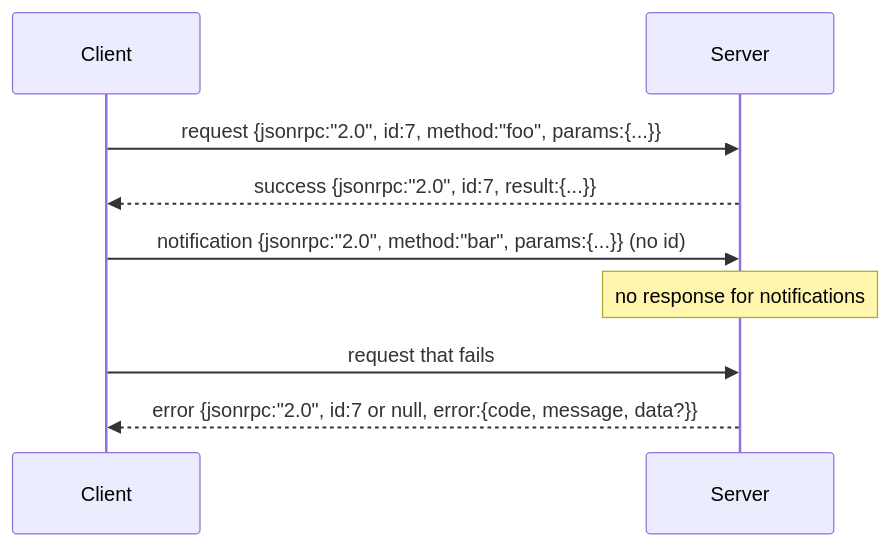
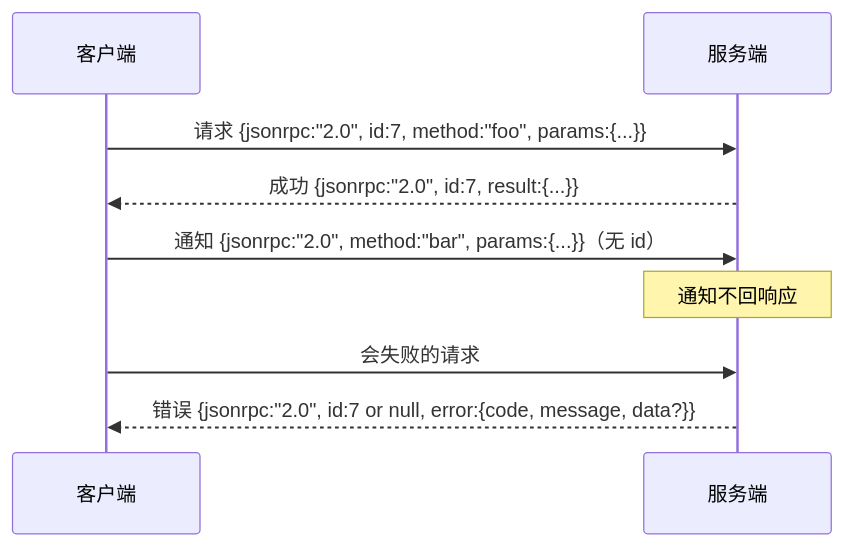
The diagram in phases/19-capstone-projects/22-jsonrpc-stdio-transport/docs/zh.md (alessandrodinisio-ai/ai-engineering-learning-framework), drawn with Mermaid before and after one commit. The commit also changed 120 other files, not shown here.

First line of the commit message:
i18n(mermaid): 337 个 mermaid 图表标签中文化

````diff
--- a/phases/19-capstone-projects/22-jsonrpc-stdio-transport/docs/zh.md
+++ b/phases/19-capstone-projects/22-jsonrpc-stdio-transport/docs/zh.md
@@ -29,11 +29,11 @@
 ```mermaid
 sequenceDiagram
-    participant Client
-    participant Server
-    Client->>Server: request {jsonrpc:"2.0", id:7, method:"foo", params:{...}}
-    Server-->>Client: success {jsonrpc:"2.0", id:7, result:{...}}
-    Client->>Server: notification {jsonrpc:"2.0", method:"bar", params:{...}} (no id)
-    Note over Server: no response for notifications
-    Client->>Server: request that fails
-    Server-->>Client: error {jsonrpc:"2.0", id:7 or null, error:{code, message, data?}}
+    participant Client as 客户端
+    participant Server as 服务端
+    Client->>Server: 请求 {jsonrpc:"2.0", id:7, method:"foo", params:{...}}
+    Server-->>Client: 成功 {jsonrpc:"2.0", id:7, result:{...}}
+    Client->>Server: 通知 {jsonrpc:"2.0", method:"bar", params:{...}}（无 id）
+    Note over Server: 通知不回响应
+    Client->>Server: 会失败的请求
+    Server-->>Client: 错误 {jsonrpc:"2.0", id:7 or null, error:{code, message, data?}}
 ```
````
